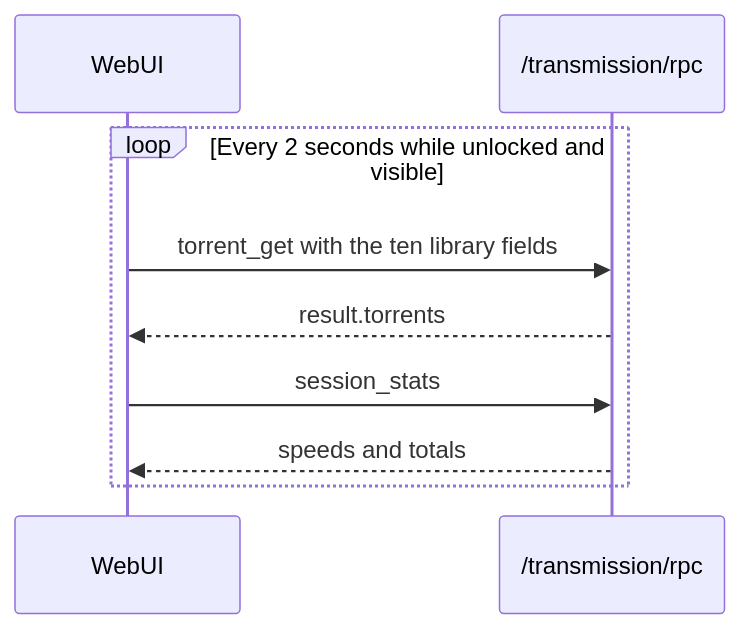
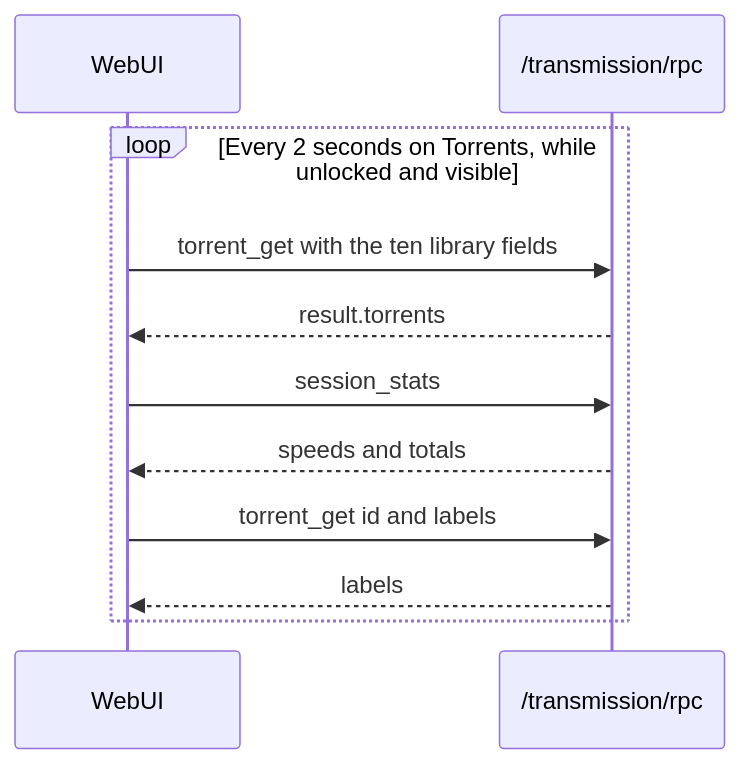
Before and after one commit to schleising/transmission-webui: the sixth of 6 diagrams in Design/transmission-webui.md, drawn with Mermaid. The commit also changed other lines of this file and 1 other file, not shown here.

````diff
--- a/Design/transmission-webui.md
+++ b/Design/transmission-webui.md
@@ -302,12 +312,14 @@
 ```mermaid
 sequenceDiagram
   participant UI as WebUI
   participant RPC as /transmission/rpc
 
-  loop Every 2 seconds while unlocked and visible
+  loop Every 2 seconds on Torrents, while unlocked and visible
     UI->>RPC: torrent_get with the ten library fields
     RPC-->>UI: result.torrents
     UI->>RPC: session_stats
     RPC-->>UI: speeds and totals
+    UI->>RPC: torrent_get id and labels
+    RPC-->>UI: labels
   end
 ```
````
